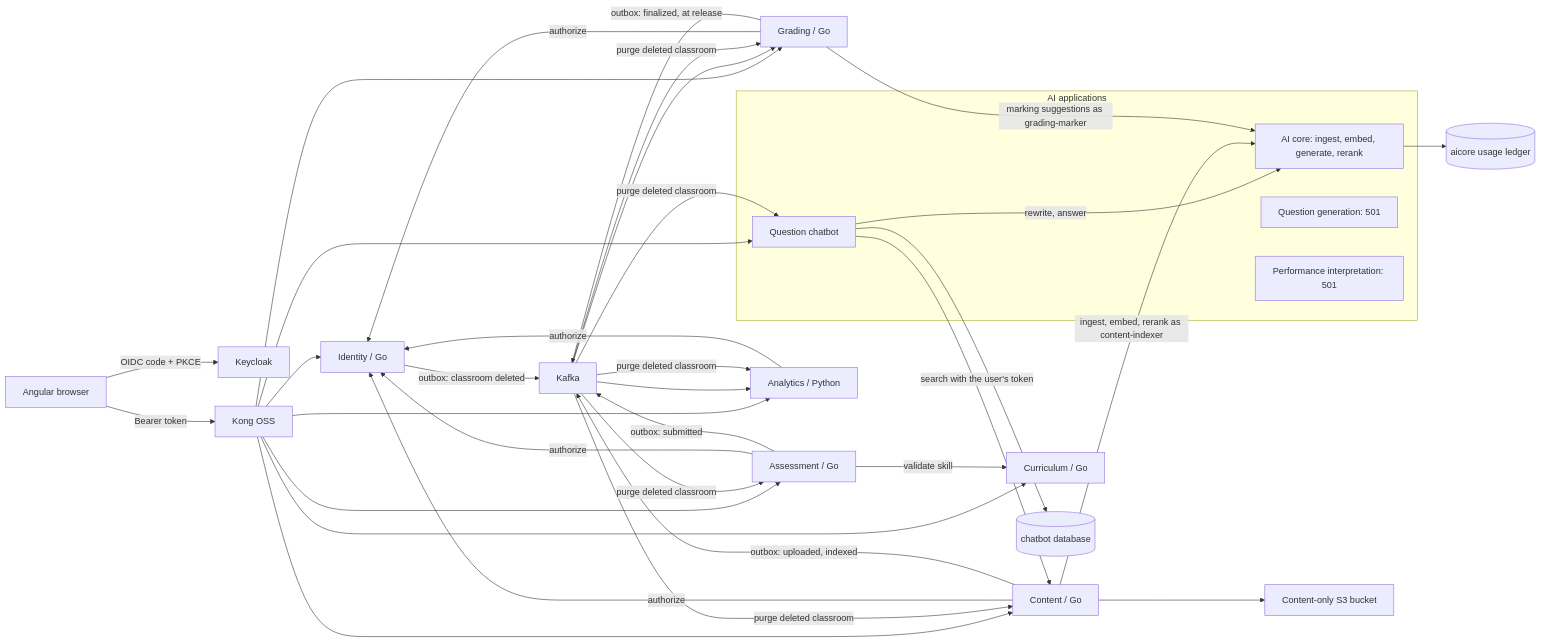
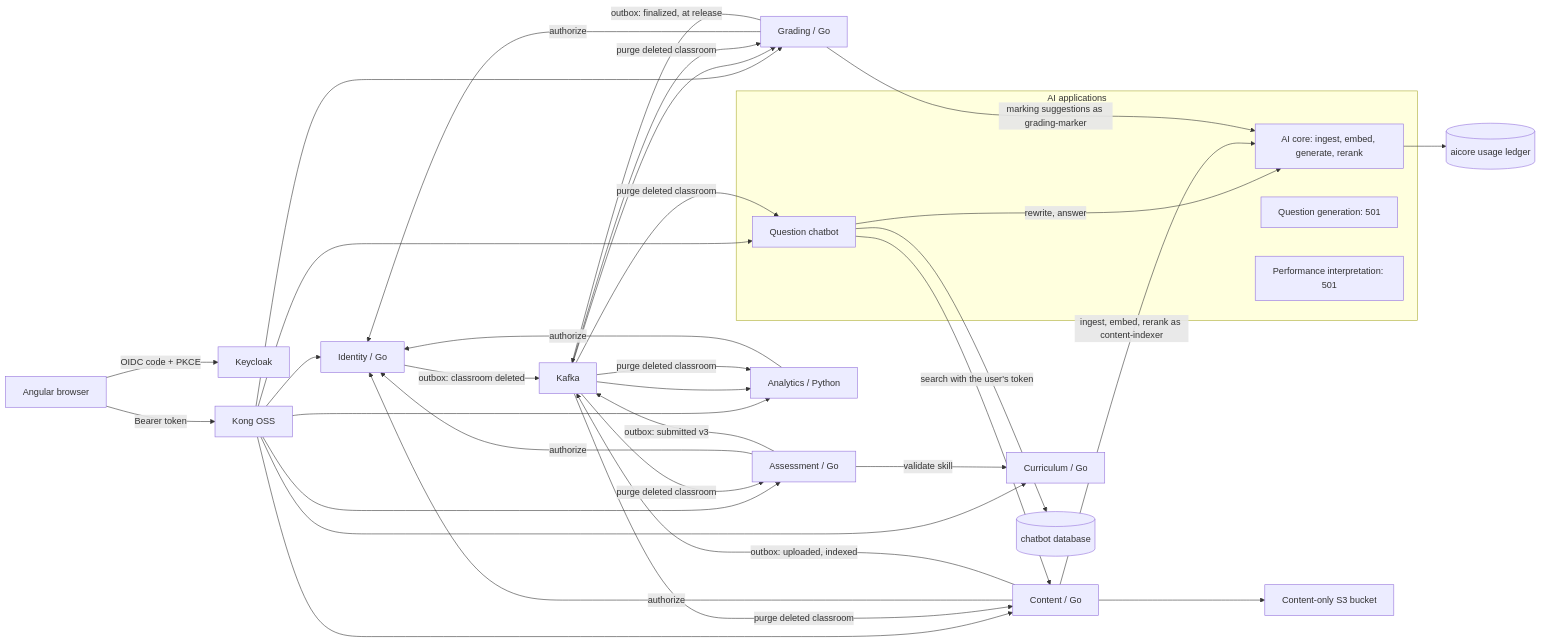
The first of 2 diagrams in docs/architecture/system.md (Naren3333/FSD_2026), drawn with Mermaid before and after one commit. The commit also changed other lines of this file and 37 other files, not shown here.

````diff
--- a/docs/architecture/system.md
+++ b/docs/architecture/system.md
@@ -3,41 +3,41 @@
 ```mermaid
 flowchart LR
   Browser[Angular browser] -->|OIDC code + PKCE| Keycloak
   Browser -->|Bearer token| Kong[Kong OSS]
   Kong --> Identity[Identity / Go]
   Kong --> Curriculum[Curriculum / Go]
   Kong --> Content[Content / Go]
   Kong --> Assessment[Assessment / Go]
   Kong --> Grading[Grading / Go]
   Kong --> Analytics[Analytics / Python]
   Kong --> QC
   QC -->|search with the user's token| Content
   QC -->|rewrite, answer| AI
   QC --> ChatDB[(chatbot database)]
   Content --> S3[Content-only S3 bucket]
   Content -->|authorize| Identity
   Assessment -->|authorize| Identity
   Assessment -->|validate skill| Curriculum
   Grading -->|authorize| Identity
   Analytics -->|authorize| Identity
-  Assessment -->|outbox: submitted| Kafka
+  Assessment -->|outbox: submitted v3| Kafka
   Kafka --> Grading
   Grading -->|outbox: finalized, at release| Kafka
   Kafka --> Analytics
   Content -->|outbox: uploaded, indexed| Kafka
   Identity -->|outbox: classroom deleted| Kafka
   Kafka -->|purge deleted classroom| Content
   Kafka -->|purge deleted classroom| Assessment
   Kafka -->|purge deleted classroom| Grading
   Kafka -->|purge deleted classroom| Analytics
   Kafka -->|purge deleted classroom| QC
   AI --> AIDB[(aicore usage ledger)]
   Content -->|ingest, embed, rerank as content-indexer| AI
   Grading -->|marking suggestions as grading-marker| AI
   subgraph AI applications
     AI[AI core: ingest, embed, generate, rerank]
     QG[Question generation: 501]
     SP[Performance interpretation: 501]
     QC[Question chatbot]
   end
 ```
````
